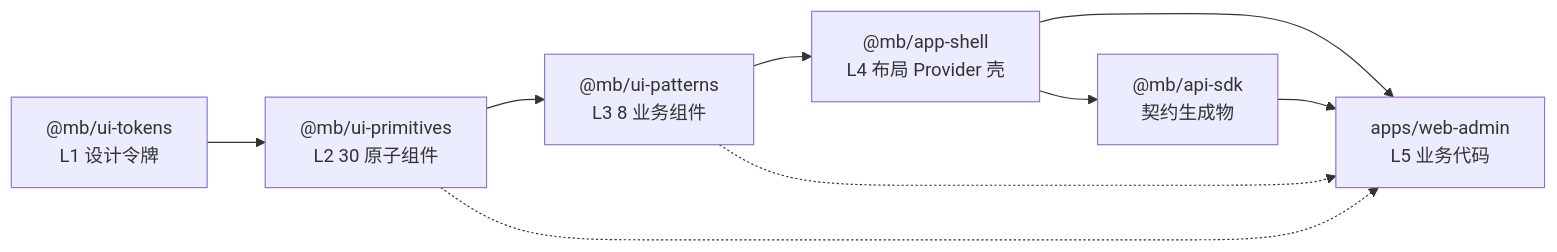
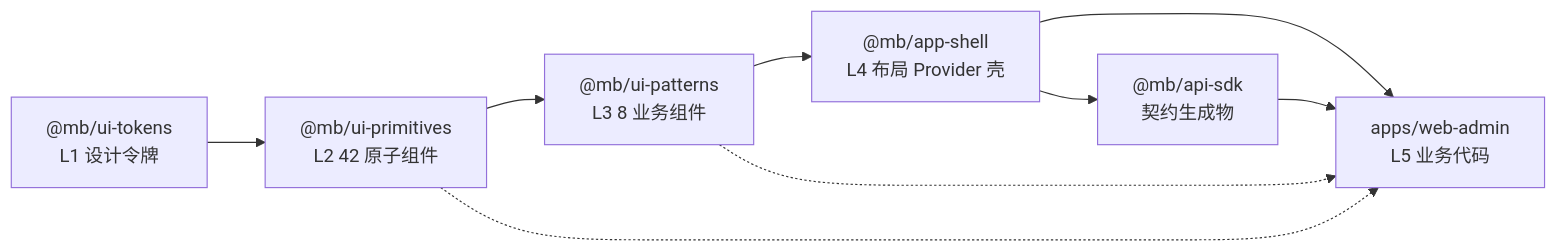
One commit to xykjlcx/meta-build changed the diagram in docs/specs/frontend/appendix.md. Above: the diagram before and after it, drawn with Mermaid. The commit also changed other lines of this file and 40 other files, not shown here.

````diff
--- a/docs/specs/frontend/appendix.md
+++ b/docs/specs/frontend/appendix.md
@@ -86,19 +86,19 @@
 ```mermaid
 graph LR
     tokens[&commat;mb/ui-tokens<br/>L1 设计令牌]
-    primitives[&commat;mb/ui-primitives<br/>L2 30 原子组件]
+    primitives[&commat;mb/ui-primitives<br/>L2 42 原子组件]
     patterns[&commat;mb/ui-patterns<br/>L3 8 业务组件]
     shell[&commat;mb/app-shell<br/>L4 布局 Provider 壳]
     sdk[&commat;mb/api-sdk<br/>契约生成物]
     admin[apps/web-admin<br/>L5 业务代码]
 
     tokens --> primitives
     primitives --> patterns
     patterns --> shell
     shell --> admin
     shell --> sdk
     sdk --> admin
 
     primitives -.-> admin
     patterns -.-> admin
 ```
````
